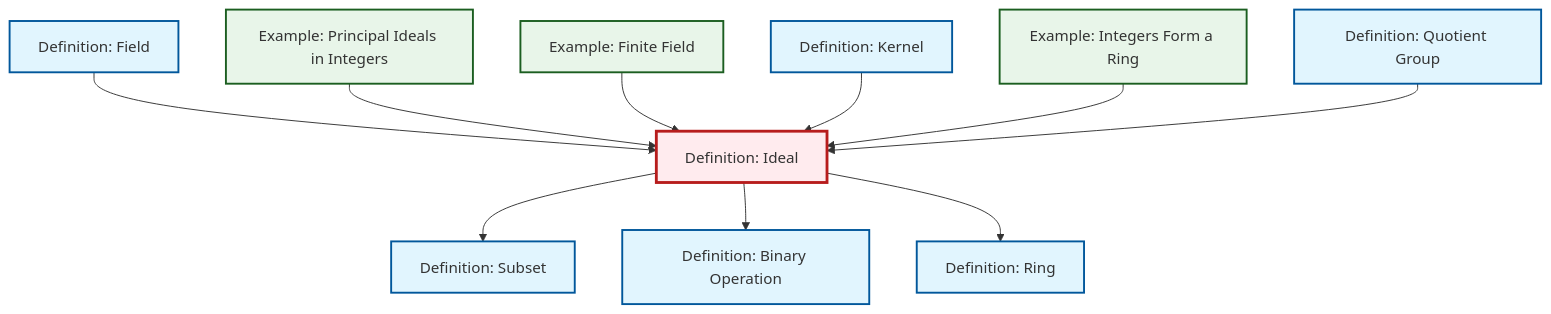
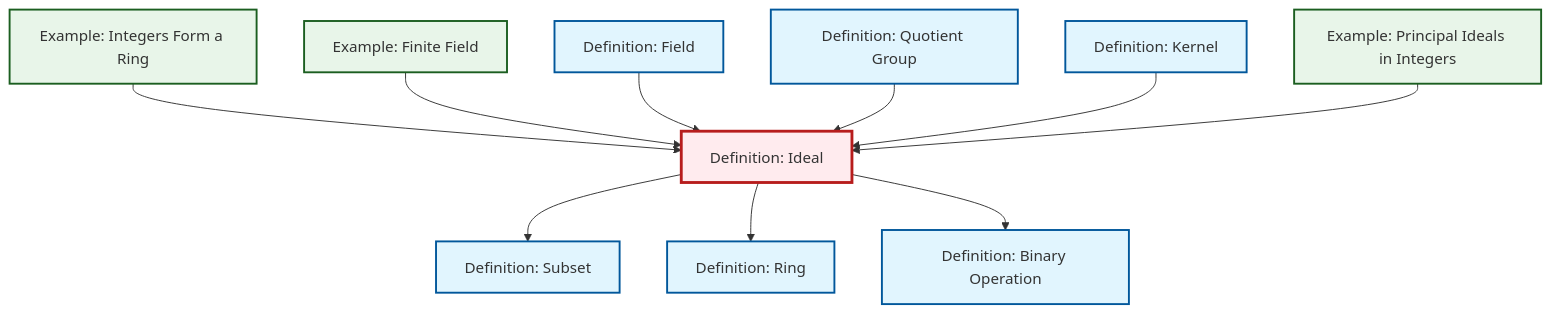
The diagram in content/en/algebra/def-ideal.qmd (RK0429/ModernMath), drawn with Mermaid before and after one commit. The commit also changed other lines of this file and 360 other files, not shown here.

````diff
--- a/content/en/algebra/def-ideal.qmd
+++ b/content/en/algebra/def-ideal.qmd
@@ -79,38 +79,38 @@
 ```{mermaid}
 %%| fig-cap: "Local dependency graph"
 graph TD
     classDef definition fill:#e1f5fe,stroke:#01579b,stroke-width:2px
     classDef theorem fill:#f3e5f5,stroke:#4a148c,stroke-width:2px
     classDef axiom fill:#fff3e0,stroke:#e65100,stroke-width:2px
     classDef example fill:#e8f5e9,stroke:#1b5e20,stroke-width:2px
     classDef current fill:#ffebee,stroke:#b71c1c,stroke-width:3px
-    def-binary-operation["Definition: Binary Operation"]:::definition
+    def-quotient-group["Definition: Quotient Group"]:::definition
+    def-ideal["Definition: Ideal"]:::definition
     def-kernel["Definition: Kernel"]:::definition
     ex-finite-field["Example: Finite Field"]:::example
-    ex-principal-ideal["Example: Principal Ideals in Integers"]:::example
     def-field["Definition: Field"]:::definition
-    def-ideal["Definition: Ideal"]:::definition
     def-subset["Definition: Subset"]:::definition
     def-ring["Definition: Ring"]:::definition
+    def-binary-operation["Definition: Binary Operation"]:::definition
+    ex-principal-ideal["Example: Principal Ideals in Integers"]:::example
     ex-integers-ring["Example: Integers Form a Ring"]:::example
-    def-quotient-group["Definition: Quotient Group"]:::definition
+    ex-integers-ring --> def-ideal
+    ex-finite-field --> def-ideal
     def-ideal --> def-subset
+    def-ideal --> def-ring
     def-field --> def-ideal
-    ex-principal-ideal --> def-ideal
-    ex-finite-field --> def-ideal
+    def-quotient-group --> def-ideal
     def-kernel --> def-ideal
     def-ideal --> def-binary-operation
-    def-ideal --> def-ring
-    ex-integers-ring --> def-ideal
-    def-quotient-group --> def-ideal
+    ex-principal-ideal --> def-ideal
     class def-ideal current
-    click def-binary-operation "def-binary-operation.html" "Go to Binary Operation definition"
+    click def-quotient-group "def-quotient-group.html" "Go to Quotient Group definition"
     click def-kernel "def-kernel.html" "Go to Kernel definition"
     click ex-finite-field "ex-finite-field.html" "Go to Finite Field example"
-    click ex-principal-ideal "ex-principal-ideal.html" "Go to Principal Ideals in Integers example"
     click def-field "def-field.html" "Go to Field definition"
     click def-subset "def-subset.html" "Go to Subset definition"
     click def-ring "def-ring.html" "Go to Ring definition"
+    click def-binary-operation "def-binary-operation.html" "Go to Binary Operation definition"
+    click ex-principal-ideal "ex-principal-ideal.html" "Go to Principal Ideals in Integers example"
     click ex-integers-ring "ex-integers-ring.html" "Go to Integers Form a Ring example"
-    click def-quotient-group "def-quotient-group.html" "Go to Quotient Group definition"
 ```
````
